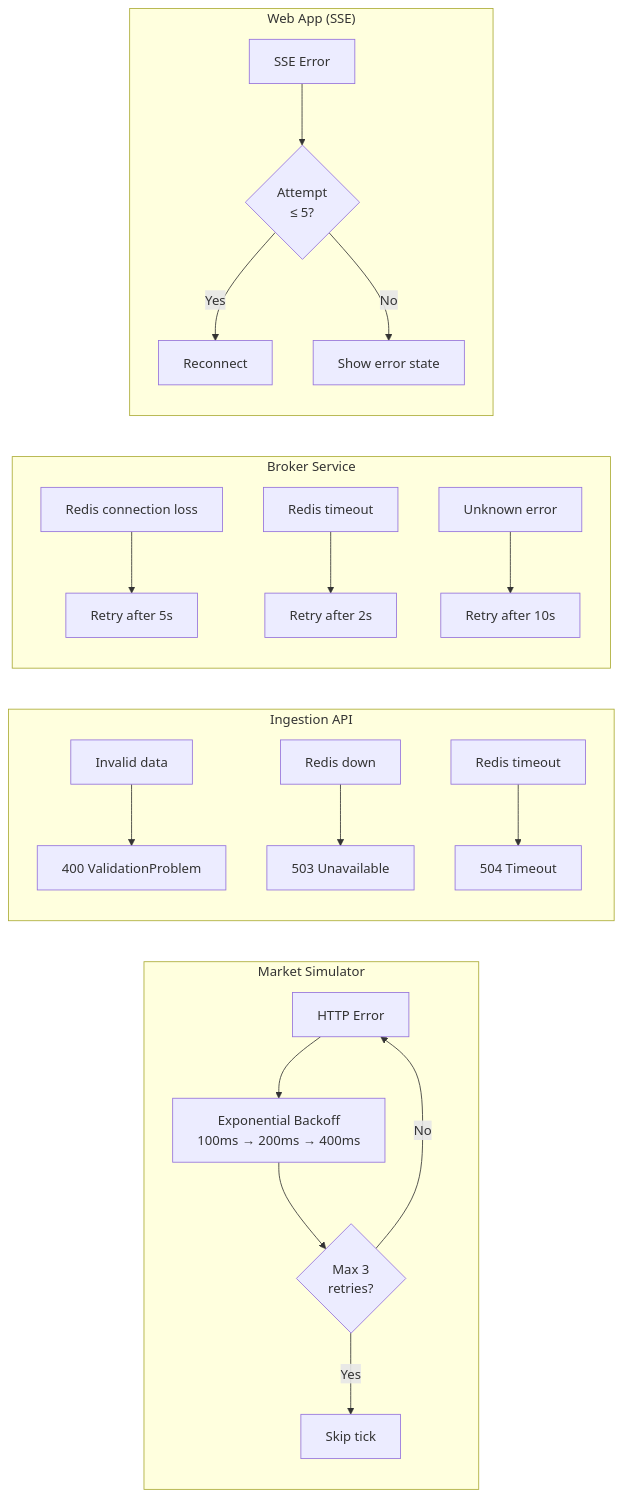
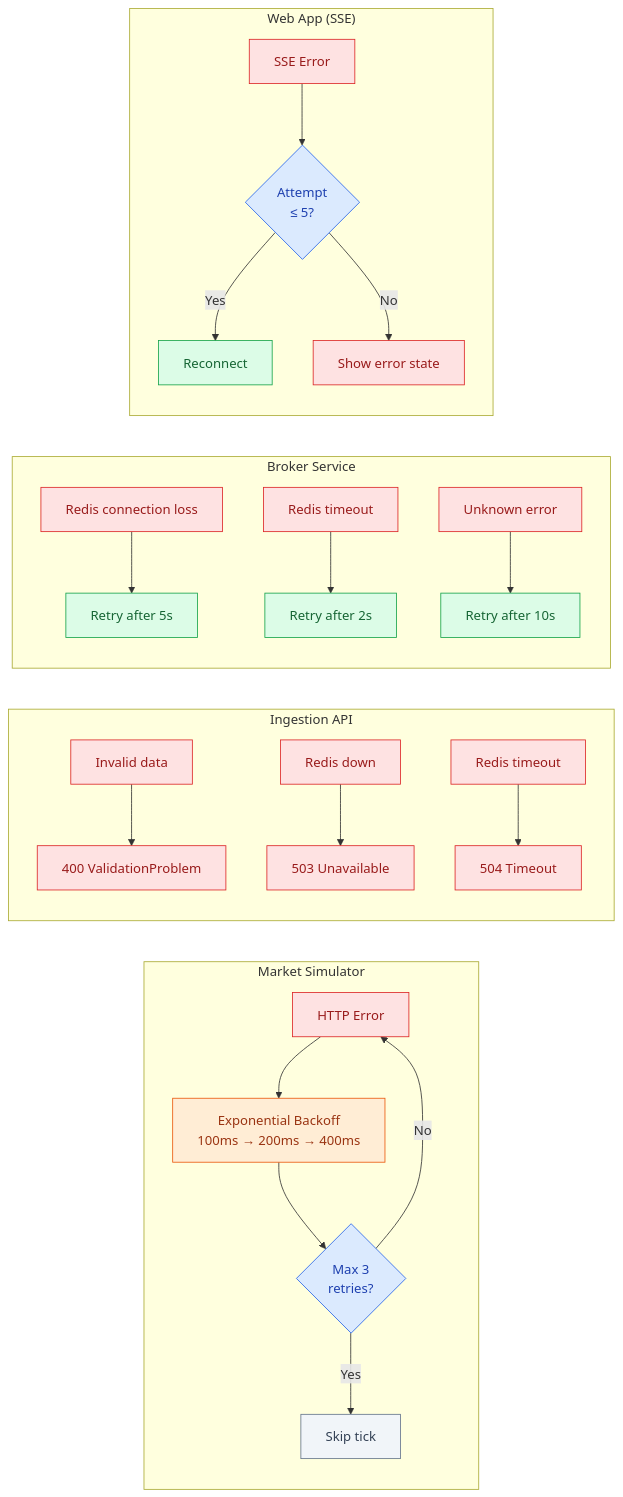
Before and after one commit to raj-champion-trader/rajchampaneriya.github.io: the tenth of 10 diagrams in hugo-site/content/projects/stock-market-simulator/index.md, drawn with Mermaid. The commit also changed other lines of this file and 5 other files, not shown here.

First line of the commit message:
Enhance Mermaid Diagrams with Semantic Color Classes and Dark Mode Support

````diff
--- a/hugo-site/content/projects/stock-market-simulator/index.md
+++ b/hugo-site/content/projects/stock-market-simulator/index.md
@@ -428,27 +473,33 @@
 ```mermaid
 flowchart LR
+    classDef primary fill:#dbeafe,stroke:#2563eb,color:#1e40af
+    classDef secondary fill:#dcfce7,stroke:#16a34a,color:#166534
+    classDef accent fill:#ffedd5,stroke:#ea580c,color:#9a3412
+    classDef danger fill:#fee2e2,stroke:#dc2626,color:#991b1b
+    classDef neutral fill:#f1f5f9,stroke:#64748b,color:#334155
+
     subgraph Simulator["Market Simulator"]
-        SE1["HTTP Error"] --> SE2["Exponential Backoff<br/>100ms → 200ms → 400ms"]
-        SE2 --> SE3{"Max 3<br/>retries?"}
-        SE3 -->|No| SE1
-        SE3 -->|Yes| SE4["Skip tick"]
+        SE1["HTTP Error"]:::danger --> SE2["Exponential Backoff<br/>100ms → 200ms → 400ms"]:::accent
+        SE2 --> SE3{"Max 3<br/>retries?"}:::primary
+        SE3 -->|"No"| SE1
+        SE3 -->|"Yes"| SE4["Skip tick"]:::neutral
     end
 
     subgraph Ingestion["Ingestion API"]
-        IE1["Invalid data"] --> IE2["400 ValidationProblem"]
-        IE3["Redis down"] --> IE4["503 Unavailable"]
-        IE5["Redis timeout"] --> IE6["504 Timeout"]
+        IE1["Invalid data"]:::danger --> IE2["400 ValidationProblem"]:::danger
+        IE3["Redis down"]:::danger --> IE4["503 Unavailable"]:::danger
+        IE5["Redis timeout"]:::danger --> IE6["504 Timeout"]:::danger
     end
 
     subgraph Broker["Broker Service"]
-        BE1["Redis connection loss"] --> BE2["Retry after 5s"]
-        BE3["Redis timeout"] --> BE4["Retry after 2s"]
-        BE5["Unknown error"] --> BE6["Retry after 10s"]
+        BE1["Redis connection loss"]:::danger --> BE2["Retry after 5s"]:::secondary
+        BE3["Redis timeout"]:::danger --> BE4["Retry after 2s"]:::secondary
+        BE5["Unknown error"]:::danger --> BE6["Retry after 10s"]:::secondary
     end
 
     subgraph WebApp["Web App (SSE)"]
-        WE1["SSE Error"] --> WE2{"Attempt<br/> ≤ 5?"}
-        WE2 -->|Yes| WE3["Reconnect"]
-        WE2 -->|No| WE4["Show error state"]
+        WE1["SSE Error"]:::danger --> WE2{"Attempt<br/> ≤ 5?"}:::primary
+        WE2 -->|"Yes"| WE3["Reconnect"]:::secondary
+        WE2 -->|"No"| WE4["Show error state"]:::danger
     end
 ```
````
